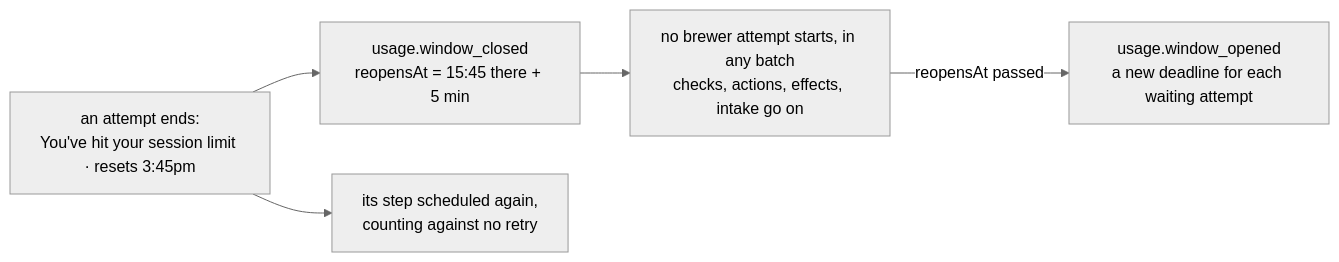
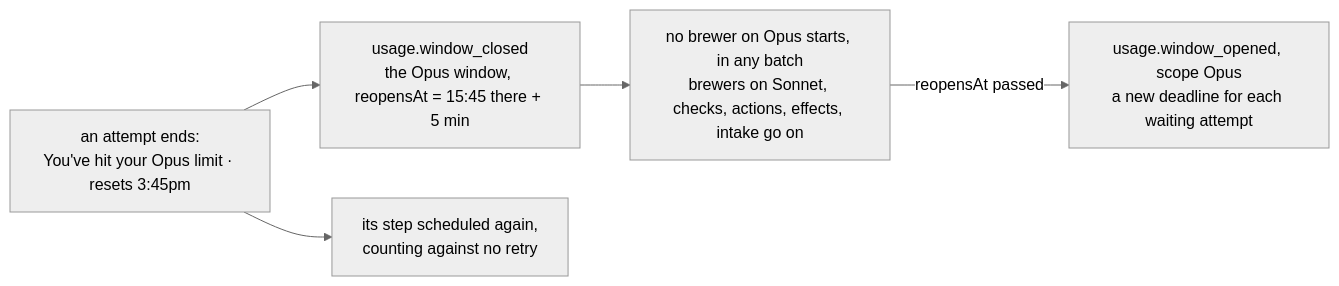
One commit to EdwinBekaert/foedrum changed the diagram in docs/design/engine/usage-window.md. Above: the diagram before and after it, drawn with Mermaid (neutral theme). The commit also changed other lines of this file and 6 other files, not shown here.

Commit message:
Docs: a window per scope on the usage window, events, lifecycle, invariants and pause pages (ADR 0215)

````diff
--- a/docs/design/engine/usage-window.md
+++ b/docs/design/engine/usage-window.md
@@ -5,7 +6,7 @@
 ```mermaid
 flowchart LR
-  L["an attempt ends:<br/>You've hit your session limit · resets 3:45pm"] --> C["usage.window_closed<br/>reopensAt = 15:45 there + 5 min"]
+  L["an attempt ends:<br/>You've hit your Opus limit · resets 3:45pm"] --> C["usage.window_closed<br/>the Opus window, reopensAt = 15:45 there + 5 min"]
   L --> R["its step scheduled again,<br/>counting against no retry"]
-  C --> H["no brewer attempt starts, in any batch<br/>checks, actions, effects, intake go on"]
-  H -->|"reopensAt passed"| O["usage.window_opened<br/>a new deadline for each waiting attempt"]
+  C --> H["no brewer on Opus starts, in any batch<br/>brewers on Sonnet, checks, actions, effects, intake go on"]
+  H -->|"reopensAt passed"| O["usage.window_opened, scope Opus<br/>a new deadline for each waiting attempt"]
 ```
````
